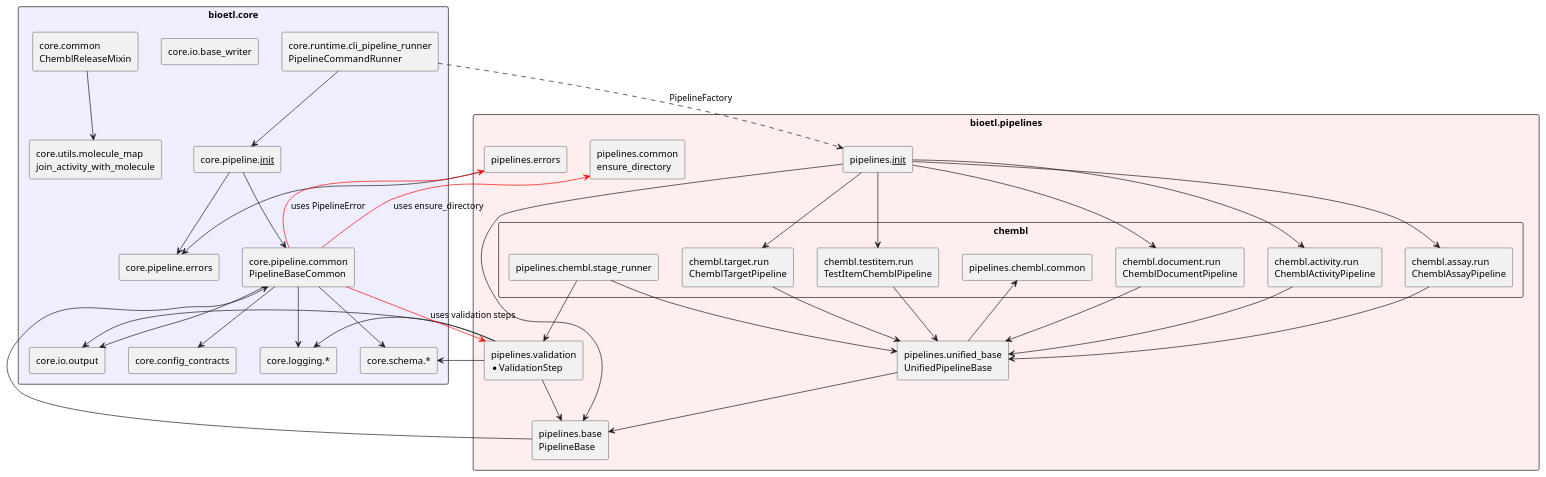
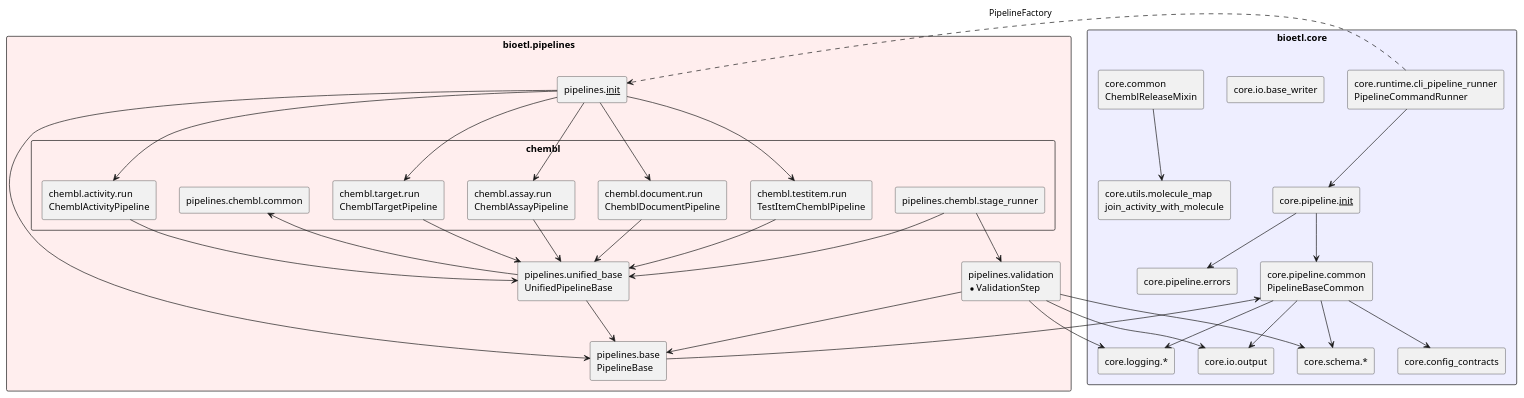
One commit to SatoryKono/bioactivity_data_acquisition changed the diagram in docs/diagrams/core-pipelines.puml. Above: the diagram before and after it, drawn with PlantUML. The commit also changed 14 other files, not shown here.

```diff
--- a/docs/diagrams/core-pipelines.puml
+++ b/docs/diagrams/core-pipelines.puml
@@ -1,83 +1,75 @@
 @startuml
 skinparam componentStyle rectangle
 skinparam packageStyle rectangle
 hide circle
 
 package "bioetl.core" #EEEEFF {
   [core.pipeline.common\nPipelineBaseCommon] as CorePipelineCommon
   [core.pipeline.errors] as CorePipelineErrors
   [core.pipeline.__init__] as CorePipelineInit
   [core.runtime.cli_pipeline_runner\nPipelineCommandRunner] as CoreRunner
   [core.io.output] as CoreIOOutput
   [core.io.base_writer] as CoreIOWriter
   [core.config_contracts] as CoreConfigContracts
   [core.logging.*] as CoreLogging
   [core.schema.*] as CoreSchema
   [core.common\nChemblReleaseMixin] as CoreCommon
   [core.utils.molecule_map\njoin_activity_with_molecule] as CoreMoleculeMap
 }
 
 package "bioetl.pipelines" #FFEEEE {
   [pipelines.__init__] as PipelinesInit
   [pipelines.base\nPipelineBase] as PipelinesBase
-  [pipelines.errors] as PipelinesErrors
-  [pipelines.common\nensure_directory] as PipelinesCommon
   [pipelines.validation\n*ValidationStep] as PipelinesValidation
   [pipelines.unified_base\nUnifiedPipelineBase] as PipelinesUnifiedBase
 
   package "chembl" {
     [pipelines.chembl.common] as ChemblCommon
     [pipelines.chembl.stage_runner] as ChemblStageRunner
     [chembl.activity.run\nChemblActivityPipeline] as ChemblActivity
     [chembl.assay.run\nChemblAssayPipeline] as ChemblAssay
     [chembl.document.run\nChemblDocumentPipeline] as ChemblDocument
     [chembl.target.run\nChemblTargetPipeline] as ChemblTarget
     [chembl.testitem.run\nTestItemChemblPipeline] as ChemblTestitem
   }
 }
 
 ' Core internals
 CorePipelineInit --> CorePipelineCommon
 CorePipelineInit --> CorePipelineErrors
 CoreRunner --> CorePipelineInit
 CorePipelineCommon --> CoreIOOutput
 CorePipelineCommon --> CoreLogging
 CorePipelineCommon --> CoreSchema
 CorePipelineCommon --> CoreConfigContracts
 CoreCommon --> CoreMoleculeMap
 
 ' Pipelines internals
 PipelinesBase --> CorePipelineCommon
-PipelinesErrors --> CorePipelineErrors
 PipelinesValidation --> CoreIOOutput
 PipelinesValidation --> CoreLogging
 PipelinesValidation --> CoreSchema
 PipelinesValidation --> PipelinesBase
 
 PipelinesUnifiedBase --> PipelinesBase
 PipelinesUnifiedBase --> ChemblCommon
 ChemblStageRunner --> PipelinesUnifiedBase
 ChemblStageRunner --> PipelinesValidation
 
 PipelinesInit --> ChemblActivity
 PipelinesInit --> ChemblAssay
 PipelinesInit --> ChemblDocument
 PipelinesInit --> ChemblTarget
 PipelinesInit --> ChemblTestitem
 PipelinesInit --> PipelinesBase
 
 ChemblActivity --> PipelinesUnifiedBase
 ChemblAssay   --> PipelinesUnifiedBase
 ChemblDocument--> PipelinesUnifiedBase
 ChemblTarget  --> PipelinesUnifiedBase
 ChemblTestitem--> PipelinesUnifiedBase
 
-' Reverse deps core -> pipelines (leaks)
-CorePipelineCommon -[#red]-> PipelinesCommon   : uses ensure_directory
-CorePipelineCommon -[#red]-> PipelinesErrors   : uses PipelineError
-CorePipelineCommon -[#red]-> PipelinesValidation : uses validation steps
-
 ' CLI -> pipelines (factories)
 CoreRunner ..> PipelinesInit : PipelineFactory
 
 @enduml
```
